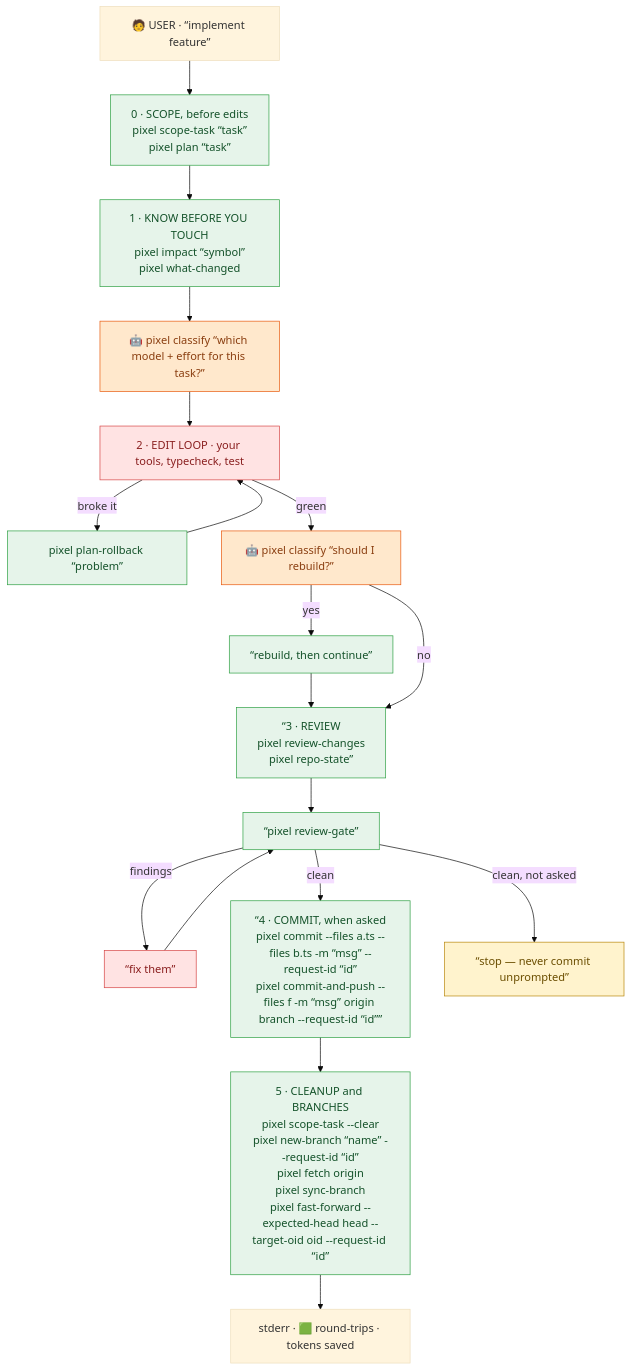
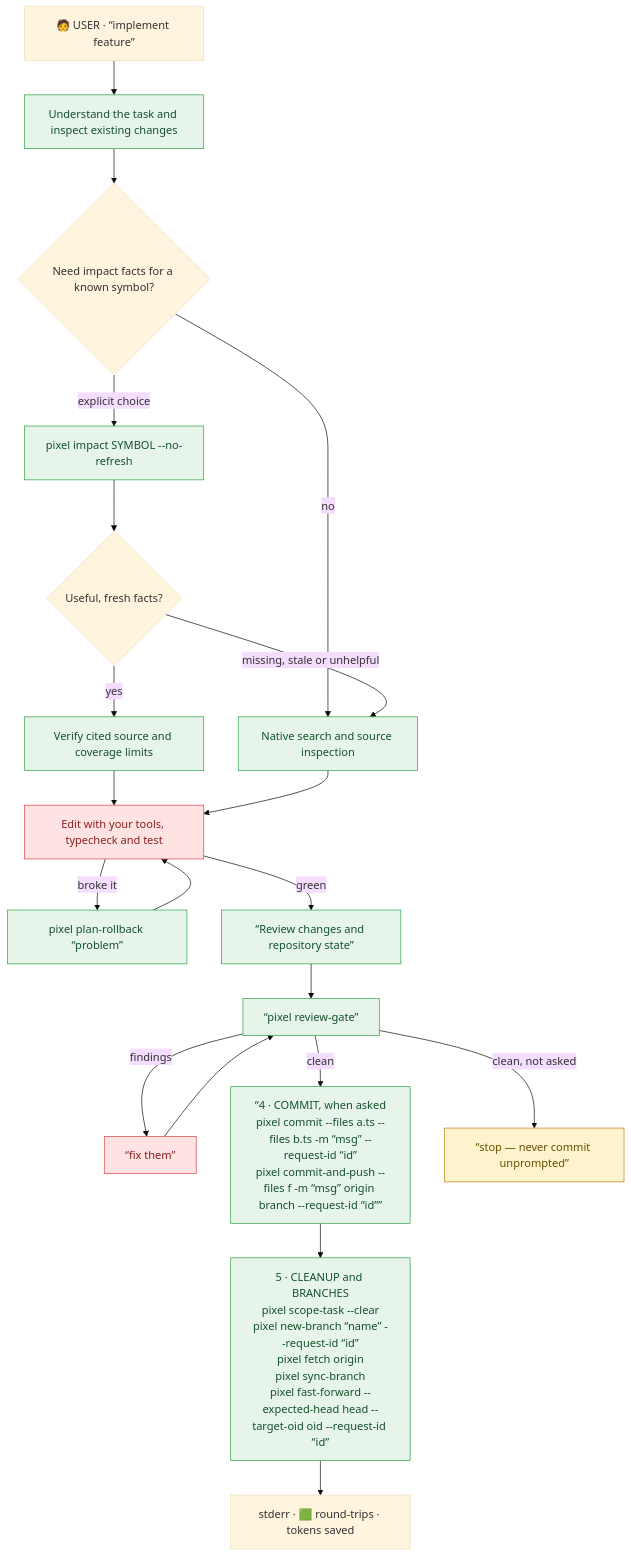
Before and after one commit to Pixel-CLI/pixel: the second of 2 diagrams in README.md, drawn with Mermaid (base theme). The commit also changed 21 other files, not shown here.

````diff
--- a/README.md
+++ b/README.md
@@ -140,25 +140,26 @@
 ```mermaid
 flowchart TD
-    U["🧑 USER · “implement feature”"] --> P0["0 · SCOPE, before edits<br/>pixel scope-task “task”<br/>pixel plan “task”"]
-    P0 --> P1["1 · KNOW BEFORE YOU TOUCH<br/>pixel impact “symbol”<br/>pixel what-changed"]
-    P1 --> C["🤖 pixel classify “which model + effort for this task?”"]
-    C --> P2["2 · EDIT LOOP · your tools, typecheck, test"]
+    U["🧑 USER · “implement feature”"] --> P0["Understand the task and inspect existing changes"]
+    P0 --> K{"Need impact facts for a known symbol?"}
+    K -->|explicit choice| P1["pixel impact SYMBOL --no-refresh"]
+    K -->|no| N["Native search and source inspection"]
+    P1 --> E{"Useful, fresh facts?"}
+    E -->|yes| V["Verify cited source and coverage limits"]
+    E -->|missing, stale or unhelpful| N
+    V --> P2["Edit with your tools, typecheck and test"]
+    N --> P2
     P2 -->|broke it| RB["pixel plan-rollback “problem”"] --> P2
-    P2 -->|green| C2["🤖 pixel classify “should I rebuild?”"]
-    C2 -->|yes| RD[“rebuild, then continue”] --> P3
-    C2 -->|no| P3[“3 · REVIEW<br/>pixel review-changes<br/>pixel repo-state”]
+    P2 -->|green| P3[“Review changes and repository state”]
     P3 --> G0[“pixel review-gate”]
     G0 -->|findings| FX[“fix them”] --> G0
     G0 -->|clean| P4[“4 · COMMIT, when asked<br/>pixel commit --files a.ts --files b.ts -m “msg” --request-id “id”<br/>pixel commit-and-push --files f -m “msg” origin branch --request-id “id””]
     G0 -->|clean, not asked| X[“stop — never commit unprompted”]
     P4 --> P5["5 · CLEANUP and BRANCHES<br/>pixel scope-task --clear<br/>pixel new-branch “name” --request-id “id”<br/>pixel fetch origin<br/>pixel sync-branch<br/>pixel fast-forward --expected-head head --target-oid oid --request-id “id”"]
     P5 --> F["stderr · 🟩 round-trips · tokens saved"]
     classDef llm fill:#ffe3e3,stroke:#d64545,color:#8a1f1f
-    classDef cls fill:#ffe8cc,stroke:#e8590c,color:#8a3e10
     classDef det fill:#e6f4ea,stroke:#2ea043,color:#14522a
     classDef stop fill:#fff3cd,stroke:#b8860b,color:#6b4e00
     class P2,FX llm
-    class C,C2 cls
-    class P0,P1,P3,P4,P5,RB,RD,G0 det
+    class P0,P1,P3,P4,P5,RB,G0,N,V det
     class X stop
 ```
````
